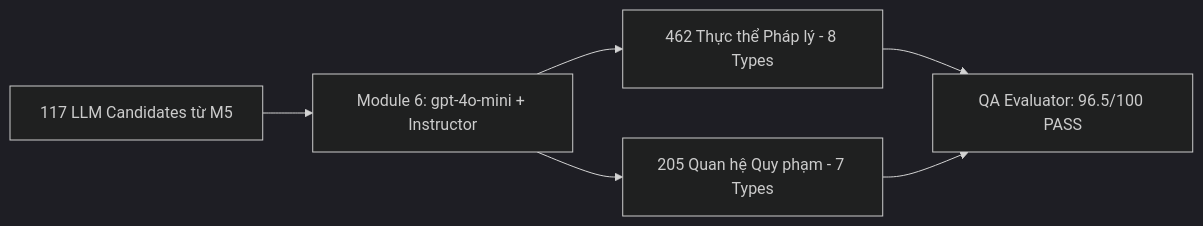
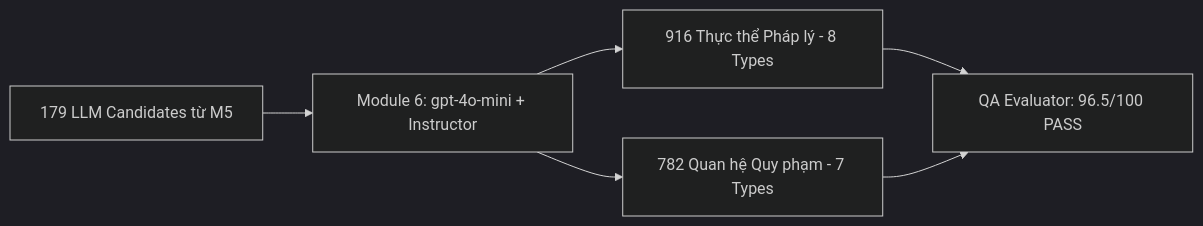
The second of 2 diagrams in docs/tom_tat_module_6.md (luuthanhlam04-cloud/hybrid-parser-nckh), drawn with Mermaid (dark theme) before and after one commit. The commit also changed other lines of this file, not shown here.

````diff
--- a/docs/tom_tat_module_6.md
+++ b/docs/tom_tat_module_6.md
@@ -112,8 +68,8 @@
 ```mermaid
 graph LR
-    A[117 LLM Candidates từ M5] --> B[Module 6: gpt-4o-mini + Instructor]
-    B --> C[462 Thực thể Pháp lý - 8 Types]
-    B --> D[205 Quan hệ Quy phạm - 7 Types]
+    A[179 LLM Candidates từ M5] --> B[Module 6: gpt-4o-mini + Instructor]
+    B --> C[916 Thực thể Pháp lý - 8 Types]
+    B --> D[782 Quan hệ Quy phạm - 7 Types]
     C --> E[QA Evaluator: 96.5/100 PASS]
     D --> E
 ```
````
